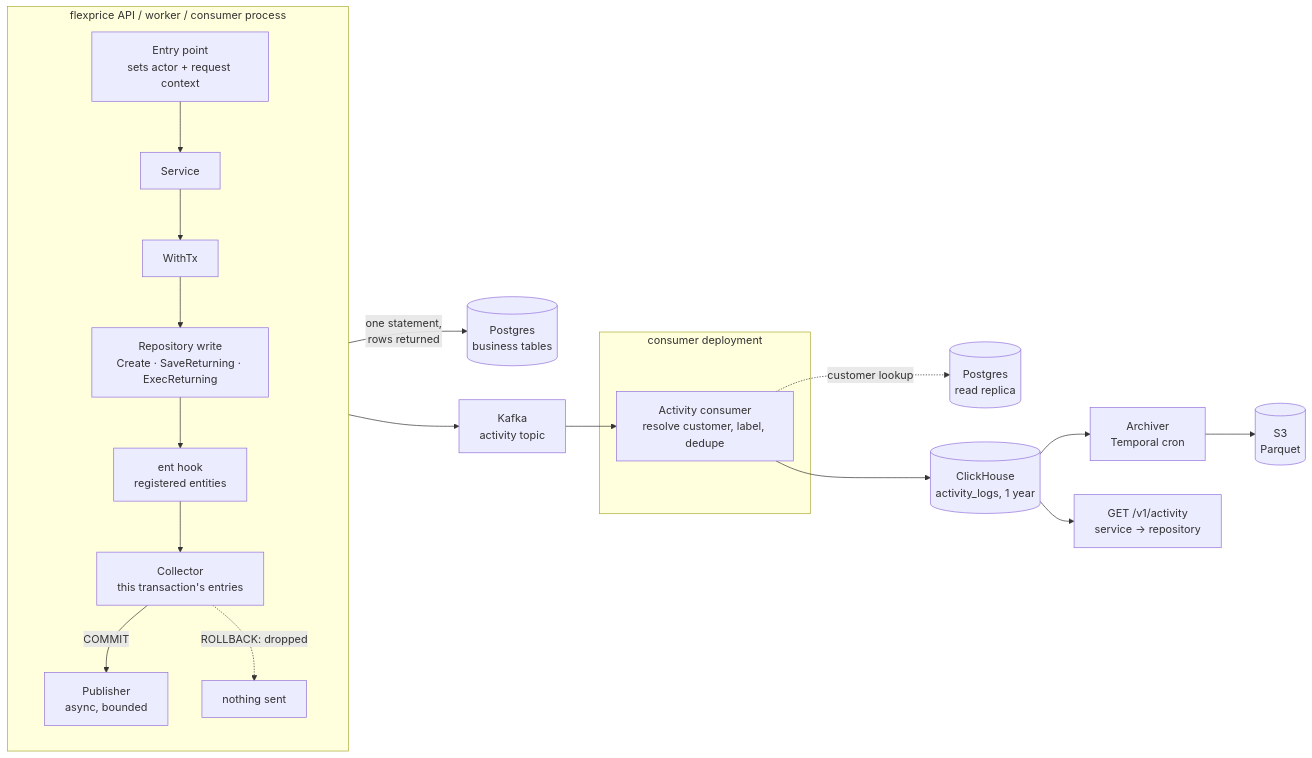
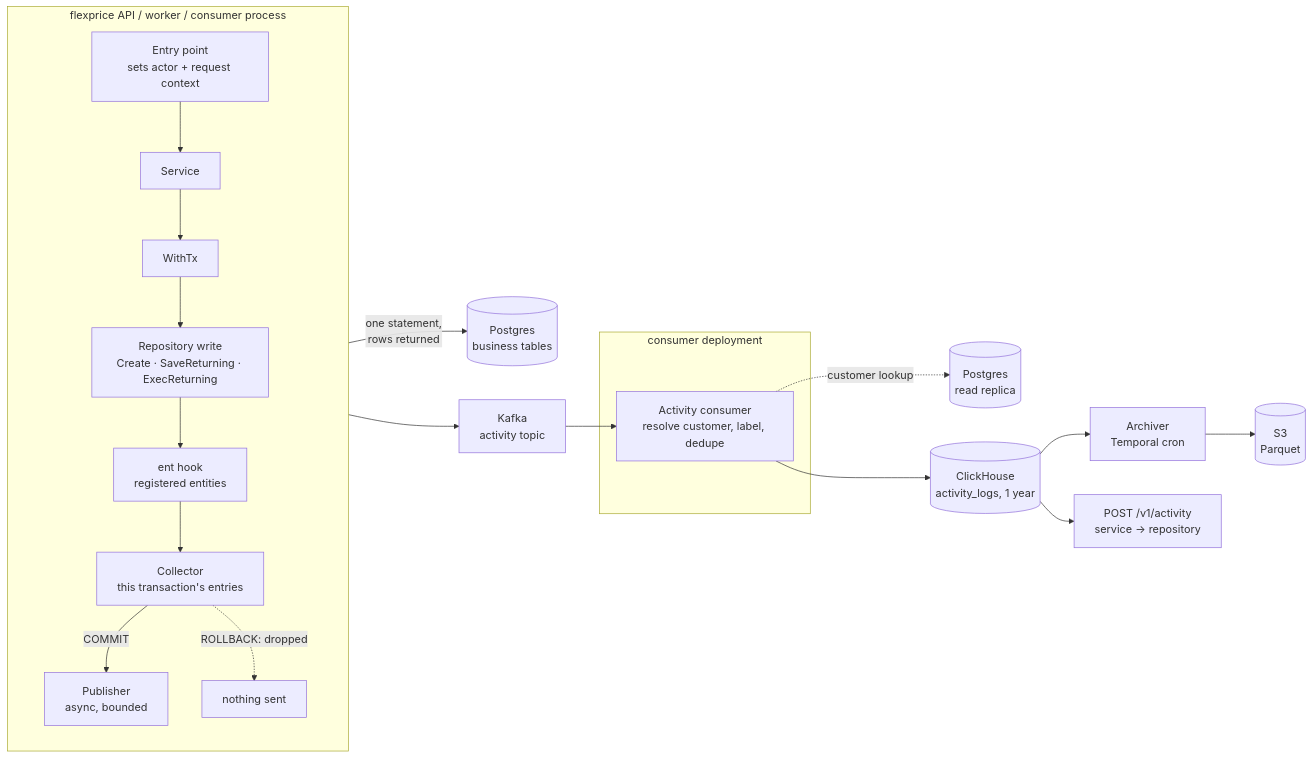
The first of 2 diagrams in docs/design/2026-10-08-activity-log-erd.md (flexprice/flexprice), drawn with Mermaid before and after one commit. The commit also changed other lines of this file, not shown here.

Commit message:
docs(activity): ERD amendments

````diff
--- a/docs/design/2026-10-08-activity-log-erd.md
+++ b/docs/design/2026-10-08-activity-log-erd.md
@@ -68,24 +68,24 @@
 ```mermaid
 flowchart LR
     subgraph APP["flexprice API / worker / consumer process"]
         direction TB
         EP["Entry point<br/>sets actor + request context"] --> SVC["Service"]
         SVC --> TX["WithTx"]
         TX --> REPO["Repository write<br/>Create · SaveReturning · ExecReturning"]
         REPO --> HOOK["ent hook<br/>registered entities"]
         HOOK --> COL["Collector<br/>this transaction's entries"]
         COL -- "COMMIT" --> PUB["Publisher<br/>async, bounded"]
         COL -. "ROLLBACK: dropped" .-> X["nothing sent"]
     end
     REPO -- "one statement,<br/>rows returned" --> PG[("Postgres<br/>business tables")]
     PUB --> K["Kafka<br/>activity topic"]
     subgraph CONS["consumer deployment"]
         C["Activity consumer<br/>resolve customer, label, dedupe"]
     end
     K --> C
     C -. "customer lookup" .-> RR[("Postgres<br/>read replica")]
     C --> CH[("ClickHouse<br/>activity_logs, 1 year")]
     CH --> AR["Archiver<br/>Temporal cron"]
     AR --> S3[("S3<br/>Parquet")]
-    CH --> READ["GET /v1/activity<br/>service → repository"]
+    CH --> READ["POST /v1/activity<br/>service → repository"]
 ```
````
